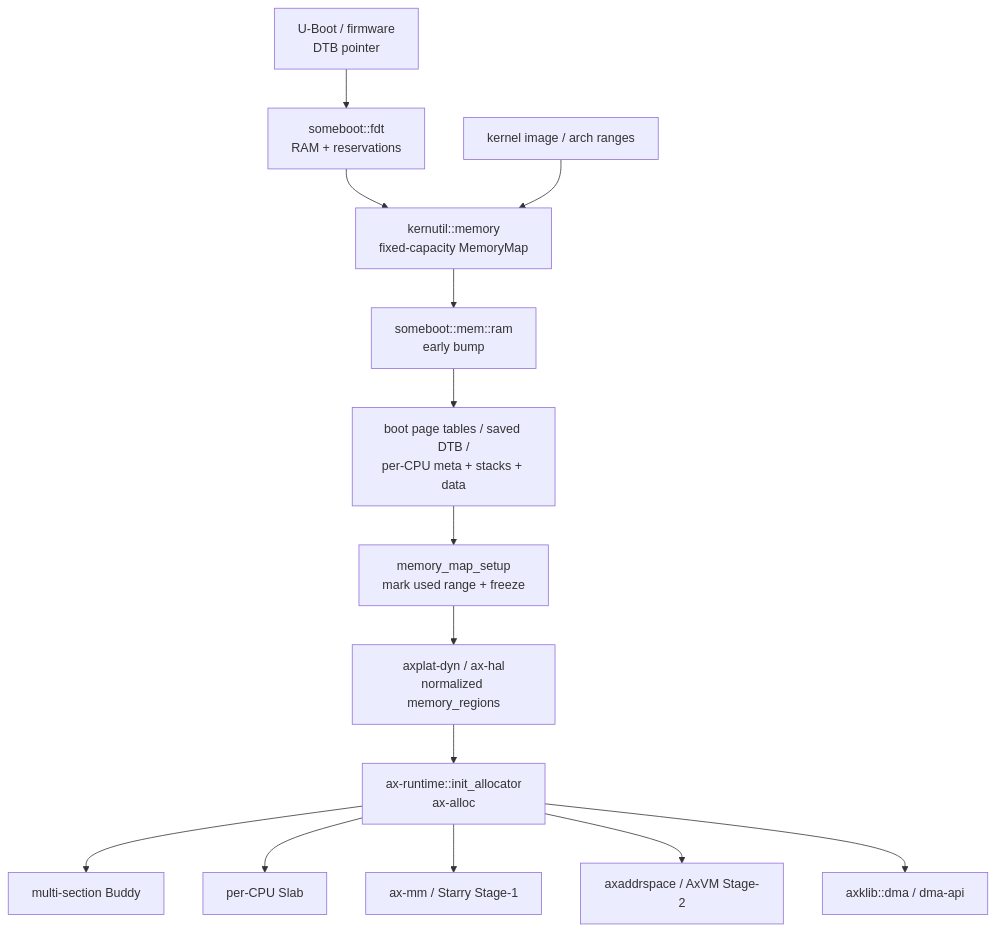
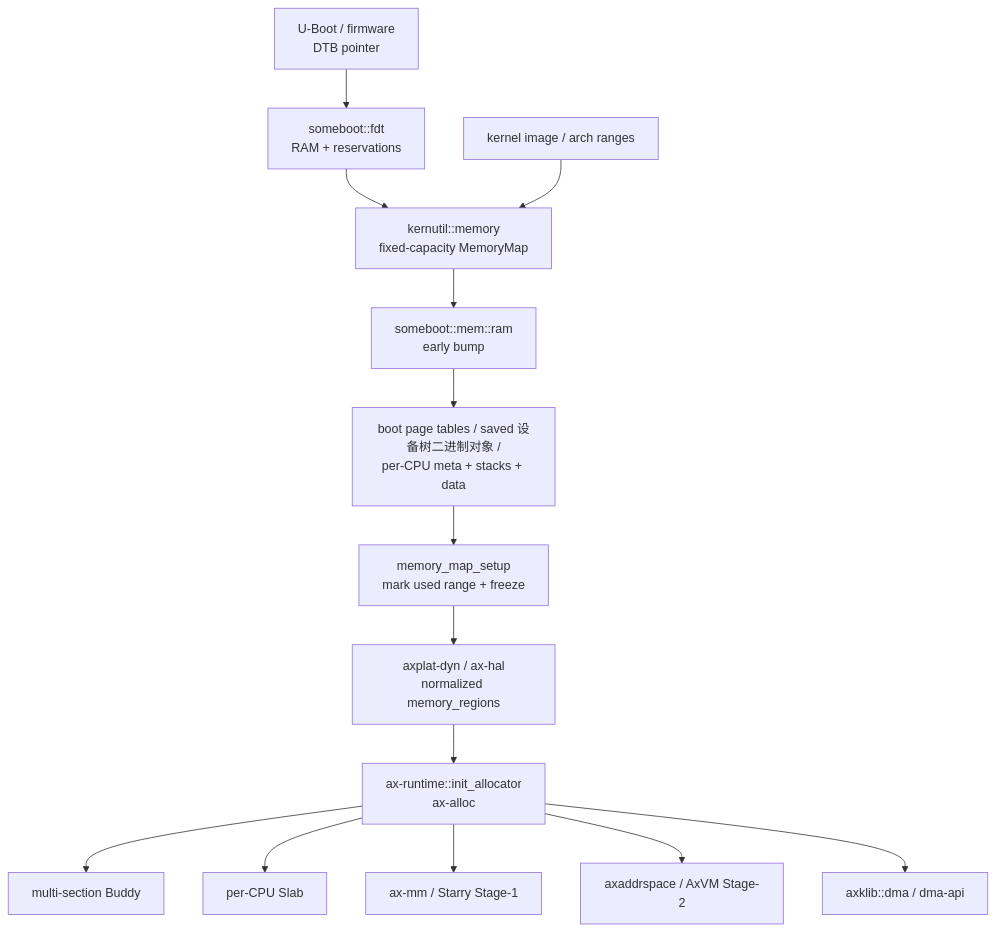
Before and after one commit to rcore-os/tgoskits: the first of 3 diagrams in docs/docs/architecture/memory/overview.md, drawn with Mermaid. The commit also changed other lines of this file and 12 other files, not shown here.

````diff
--- a/docs/docs/architecture/memory/overview.md
+++ b/docs/docs/architecture/memory/overview.md
@@ -53,16 +54,16 @@
 ```mermaid
 flowchart TB
     Firmware["U-Boot / firmware\nDTB pointer"] --> Fdt["someboot::fdt\nRAM + reservations"]
     Fdt --> BootMap["kernutil::memory\nfixed-capacity MemoryMap"]
     Image["kernel image / arch ranges"] --> BootMap
     BootMap --> Bump["someboot::mem::ram\nearly bump"]
-    Bump --> BootObjects["boot page tables / saved DTB /\nper-CPU meta + stacks + data"]
+    Bump --> BootObjects["boot page tables / saved 设备树二进制对象 /\nper-CPU meta + stacks + data"]
     BootObjects --> Frozen["memory_map_setup\nmark used range + freeze"]
     Frozen --> Platform["axplat-dyn / ax-hal\nnormalized memory_regions"]
     Platform --> Alloc["ax-runtime::init_allocator\nax-alloc"]
     Alloc --> Buddy["multi-section Buddy"]
     Alloc --> Slab["per-CPU Slab"]
     Alloc --> Stage1["ax-mm / Starry Stage-1"]
     Alloc --> Stage2["axaddrspace / AxVM Stage-2"]
     Alloc --> Dma["axklib::dma / dma-api"]
 ```
````
